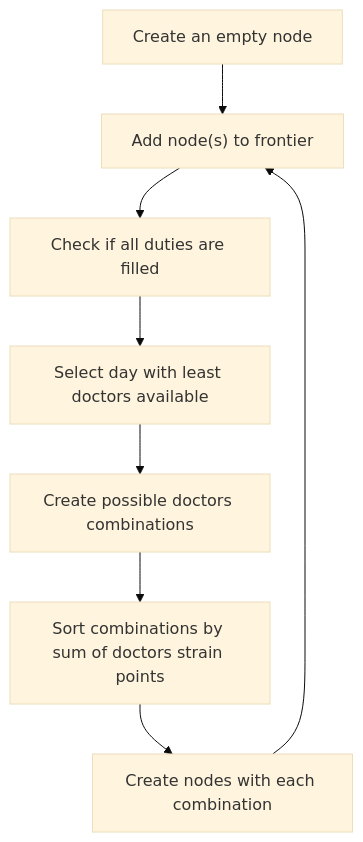
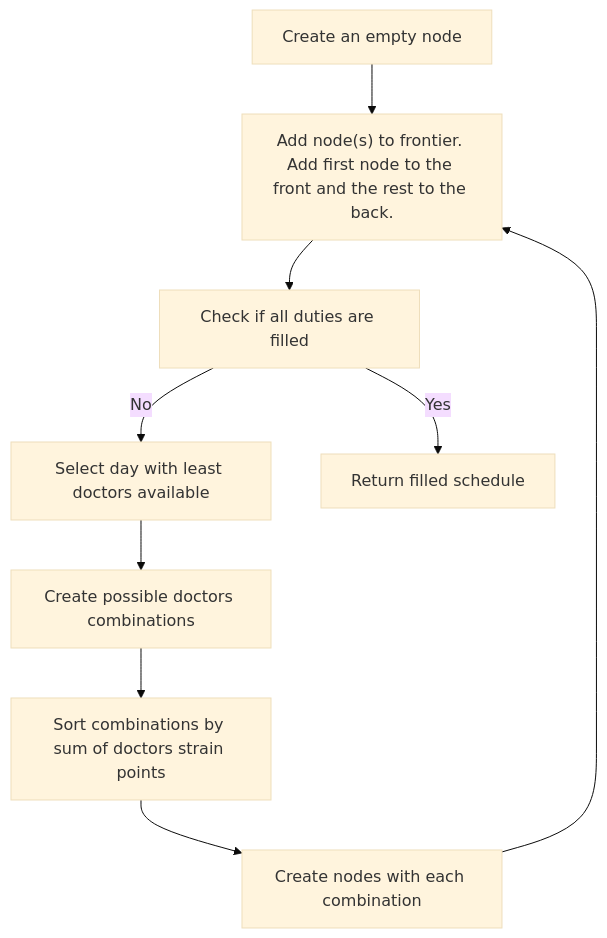
Before and after one commit to marcinbogdanowicz/MedDutiesRevisited: the diagram in README.md, drawn with Mermaid (base theme). The commit also changed other lines of this file, not shown here.

````diff
--- a/README.md
+++ b/README.md
@@ -633,12 +637,14 @@
 ```mermaid
 graph TD
     START[Create an empty node]
-    ADD["Add node(s) to frontier"]
+    ADD["Add node(s) to frontier. Add first node to the front and the rest to the back."]
     CHECK_IF_SET[Check if all duties are filled]
     SELECT_DAY[Select day with least doctors available]
     SORT_COMBS[Sort combinations by sum of doctors strain points]
     CREATE_COMBS[Create possible doctors combinations]
     CREATE_NODES[Create nodes with each combination]
 
-    START --> ADD --> CHECK_IF_SET --> SELECT_DAY --> CREATE_COMBS --> SORT_COMBS --> CREATE_NODES --> ADD
+    START --> ADD --> CHECK_IF_SET 
+    CHECK_IF_SET --"Yes"--> RETURN[Return filled schedule]
+    CHECK_IF_SET --"No"--> SELECT_DAY --> CREATE_COMBS --> SORT_COMBS --> CREATE_NODES --> ADD
 ```
````
